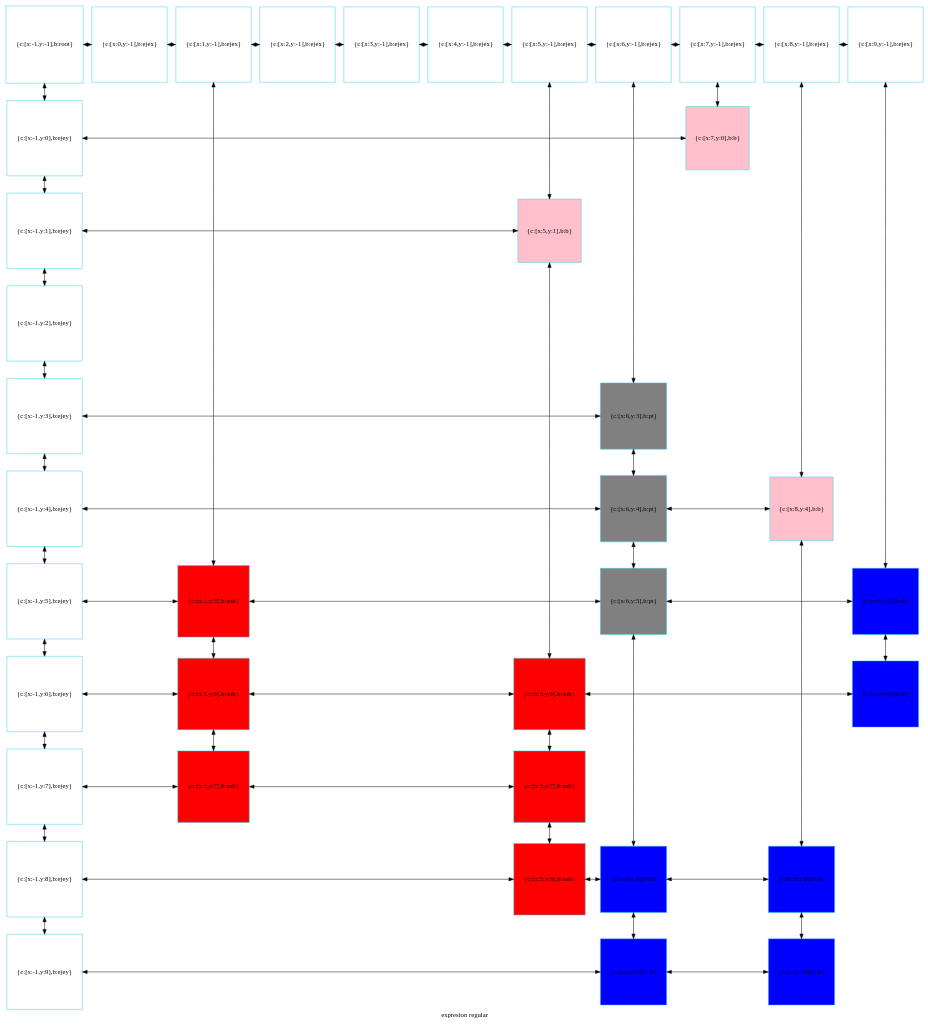
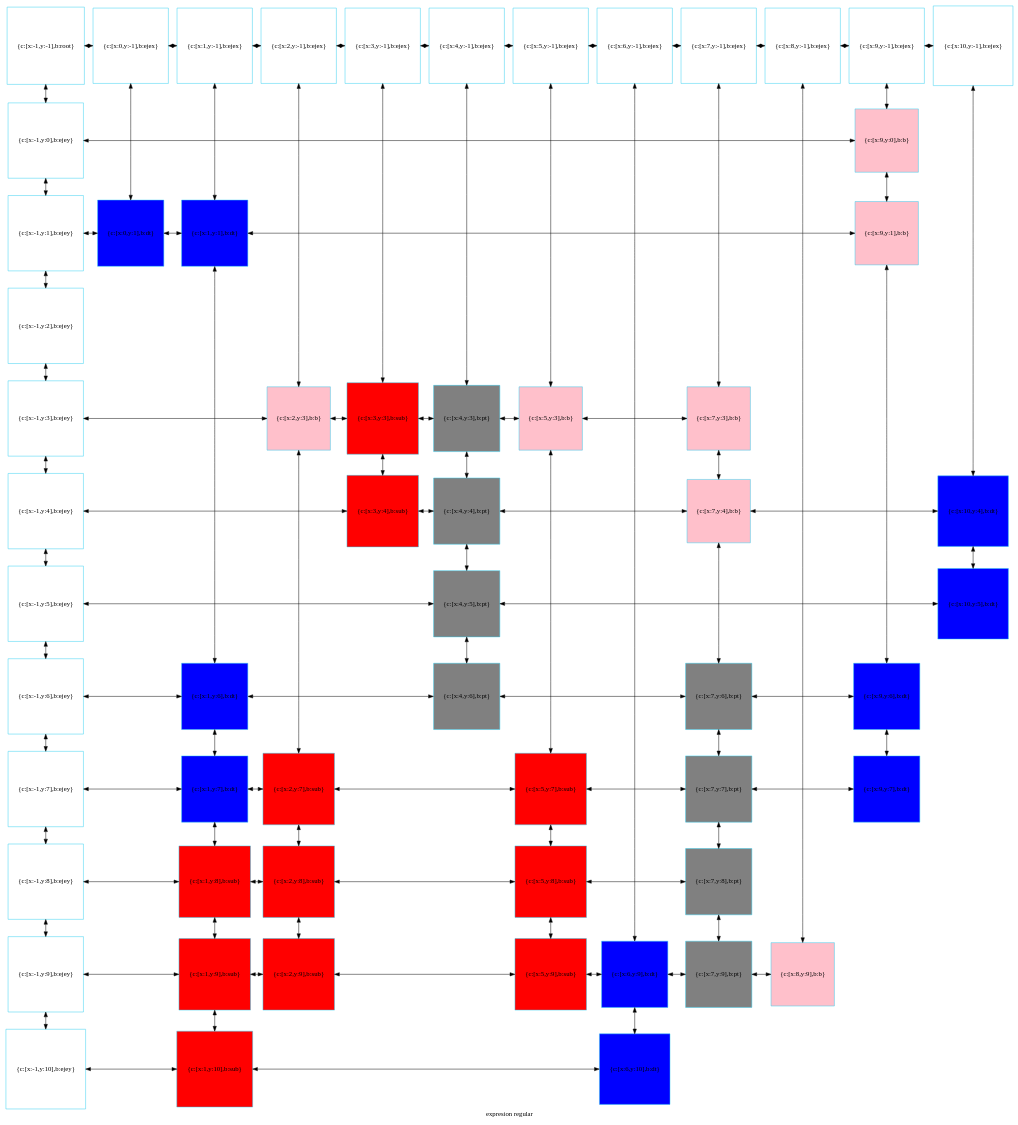
One commit to betebetoven/EDDS2F2 changed the diagram in compu.dot. Above: the diagram before and after it, drawn with Graphviz. The commit also changed 10 other files, not shown here.

```diff
--- a/compu.dot
+++ b/compu.dot
@@ -6,110 +6,169 @@
         node[color = "#EEEEE"]
         node[color = "#31CEF0"]
 
-1066977295856[label="{c:[x:-1,y:-1],b:root}",fillcolor = "white"]
-1066880421696[label="{c:[x:0,y:-1],b:ejex}",fillcolor = "white"]
-1066880478272[label="{c:[x:1,y:-1],b:ejex}",fillcolor = "white"]
-1066880478320[label="{c:[x:2,y:-1],b:ejex}",fillcolor = "white"]
-1066880388592[label="{c:[x:3,y:-1],b:ejex}",fillcolor = "white"]
-1066880388448[label="{c:[x:4,y:-1],b:ejex}",fillcolor = "white"]
-1066880438624[label="{c:[x:5,y:-1],b:ejex}",fillcolor = "white"]
-1066880439296[label="{c:[x:6,y:-1],b:ejex}",fillcolor = "white"]
-1066880438384[label="{c:[x:7,y:-1],b:ejex}",fillcolor = "white"]
-1066880439680[label="{c:[x:8,y:-1],b:ejex}",fillcolor = "white"]
-1066880489216[label="{c:[x:9,y:-1],b:ejex}",fillcolor = "white"]
-1066880489264[label="{c:[x:-1,y:0],b:ejey}",fillcolor = "white"]
-1066880452160[label="{c:[x:7,y:0],b:b}",fillcolor = "pink"]
-1066880489552[label="{c:[x:-1,y:1],b:ejey}",fillcolor = "white"]
-1066880452352[label="{c:[x:5,y:1],b:b}",fillcolor = "pink"]
-1066880489840[label="{c:[x:-1,y:2],b:ejey}",fillcolor = "white"]
-1066880489984[label="{c:[x:-1,y:3],b:ejey}",fillcolor = "white"]
-1066977292448[label="{c:[x:6,y:3],b:pt}",fillcolor = "gray"]
-1066880490128[label="{c:[x:-1,y:4],b:ejey}",fillcolor = "white"]
-1066880388064[label="{c:[x:6,y:4],b:pt}",fillcolor = "gray"]
-1066880451056[label="{c:[x:8,y:4],b:b}",fillcolor = "pink"]
-1066880490272[label="{c:[x:-1,y:5],b:ejey}",fillcolor = "white"]
-1066880441936[label="{c:[x:1,y:5],b:sub}",fillcolor = "red"]
-1066880441408[label="{c:[x:6,y:5],b:pt}",fillcolor = "gray"]
-1066880500160[label="{c:[x:9,y:5],b:dt}",fillcolor = "blue"]
-1066880490416[label="{c:[x:-1,y:6],b:ejey}",fillcolor = "white"]
-1066880450768[label="{c:[x:1,y:6],b:sub}",fillcolor = "red"]
-1066880452592[label="{c:[x:5,y:6],b:sub}",fillcolor = "red"]
-1066880500400[label="{c:[x:9,y:6],b:dt}",fillcolor = "blue"]
-1066880490560[label="{c:[x:-1,y:7],b:ejey}",fillcolor = "white"]
-1066880451440[label="{c:[x:1,y:7],b:sub}",fillcolor = "red"]
-1066880452400[label="{c:[x:5,y:7],b:sub}",fillcolor = "red"]
-1066880490704[label="{c:[x:-1,y:8],b:ejey}",fillcolor = "white"]
-1066880491040[label="{c:[x:5,y:8],b:sub}",fillcolor = "red"]
-1066880491424[label="{c:[x:6,y:8],b:dt}",fillcolor = "blue"]
-1066880500640[label="{c:[x:8,y:8],b:dt}",fillcolor = "blue"]
-1066880490848[label="{c:[x:-1,y:9],b:ejey}",fillcolor = "white"]
-1066880499776[label="{c:[x:6,y:9],b:dt}",fillcolor = "blue"]
-1066880500880[label="{c:[x:8,y:9],b:dt}",fillcolor = "blue"]
-1066977295856->1066880489264[dir = both];
-1066880489264->1066880489552[dir = both];
-1066880489552->1066880489840[dir = both];
-1066880489840->1066880489984[dir = both];
-1066880489984->1066880490128[dir = both];
-1066880490128->1066880490272[dir = both];
-1066880490272->1066880490416[dir = both];
-1066880490416->1066880490560[dir = both];
-1066880490560->1066880490704[dir = both];
-1066880490704->1066880490848[dir = both];
-1066880478272->1066880441936[dir = both];
-1066880441936->1066880450768[dir = both];
-1066880450768->1066880451440[dir = both];
-1066880438624->1066880452352[dir = both];
-1066880452352->1066880452592[dir = both];
-1066880452592->1066880452400[dir = both];
-1066880452400->1066880491040[dir = both];
-1066880439296->1066977292448[dir = both];
-1066977292448->1066880388064[dir = both];
-1066880388064->1066880441408[dir = both];
-1066880441408->1066880491424[dir = both];
-1066880491424->1066880499776[dir = both];
-1066880438384->1066880452160[dir = both];
-1066880439680->1066880451056[dir = both];
-1066880451056->1066880500640[dir = both];
-1066880500640->1066880500880[dir = both];
-1066880489216->1066880500160[dir = both];
-1066880500160->1066880500400[dir = both];
-1066977295856->1066880421696[dir = both];
-1066880421696->1066880478272[dir = both];
-1066880478272->1066880478320[dir = both];
-1066880478320->1066880388592[dir = both];
-1066880388592->1066880388448[dir = both];
-1066880388448->1066880438624[dir = both];
-1066880438624->1066880439296[dir = both];
-1066880439296->1066880438384[dir = both];
-1066880438384->1066880439680[dir = both];
-1066880439680->1066880489216[dir = both];
-1066880489264->1066880452160[constraint=false,dir = both];
-1066880489552->1066880452352[constraint=false,dir = both];
-1066880489984->1066977292448[constraint=false,dir = both];
-1066880490128->1066880388064[constraint=false,dir = both];
-1066880388064->1066880451056[constraint=false,dir = both];
-1066880490272->1066880441936[constraint=false,dir = both];
-1066880441936->1066880441408[constraint=false,dir = both];
-1066880441408->1066880500160[constraint=false,dir = both];
-1066880490416->1066880450768[constraint=false,dir = both];
-1066880450768->1066880452592[constraint=false,dir = both];
-1066880452592->1066880500400[constraint=false,dir = both];
-1066880490560->1066880451440[constraint=false,dir = both];
-1066880451440->1066880452400[constraint=false,dir = both];
-1066880490704->1066880491040[constraint=false,dir = both];
-1066880491040->1066880491424[constraint=false,dir = both];
-1066880491424->1066880500640[constraint=false,dir = both];
-1066880490848->1066880499776[constraint=false,dir = both];
-1066880499776->1066880500880[constraint=false,dir = both];
- {rank=same; 1066977295856;1066880421696;1066880478272;1066880478320;1066880388592;1066880388448;1066880438624;1066880439296;1066880438384;1066880439680;1066880489216;}
- {rank=same; 1066880489264;1066880452160;}
- {rank=same; 1066880489552;1066880452352;}
- {rank=same; 1066880489840;}
- {rank=same; 1066880489984;1066977292448;}
- {rank=same; 1066880490128;1066880388064;1066880451056;}
- {rank=same; 1066880490272;1066880441936;1066880441408;1066880500160;}
- {rank=same; 1066880490416;1066880450768;1066880452592;1066880500400;}
- {rank=same; 1066880490560;1066880451440;1066880452400;}
- {rank=same; 1066880490704;1066880491040;1066880491424;1066880500640;}
- {rank=same; 1066880490848;1066880499776;1066880500880;}
+781211036064[label="{c:[x:-1,y:-1],b:root}",fillcolor = "white"]
+781211036832[label="{c:[x:0,y:-1],b:ejex}",fillcolor = "white"]
+781211036640[label="{c:[x:1,y:-1],b:ejex}",fillcolor = "white"]
+781211036928[label="{c:[x:2,y:-1],b:ejex}",fillcolor = "white"]
+781211035920[label="{c:[x:3,y:-1],b:ejex}",fillcolor = "white"]
+781211035872[label="{c:[x:4,y:-1],b:ejex}",fillcolor = "white"]
+781211035824[label="{c:[x:5,y:-1],b:ejex}",fillcolor = "white"]
+781211036784[label="{c:[x:6,y:-1],b:ejex}",fillcolor = "white"]
+781211036112[label="{c:[x:7,y:-1],b:ejex}",fillcolor = "white"]
+781211037072[label="{c:[x:8,y:-1],b:ejex}",fillcolor = "white"]
+781211037216[label="{c:[x:9,y:-1],b:ejex}",fillcolor = "white"]
+781211037360[label="{c:[x:10,y:-1],b:ejex}",fillcolor = "white"]
+781211037504[label="{c:[x:-1,y:0],b:ejey}",fillcolor = "white"]
+781211117840[label="{c:[x:9,y:0],b:b}",fillcolor = "pink"]
+781211037648[label="{c:[x:-1,y:1],b:ejey}",fillcolor = "white"]
+781211116208[label="{c:[x:0,y:1],b:dt}",fillcolor = "blue"]
+781211098944[label="{c:[x:1,y:1],b:dt}",fillcolor = "blue"]
+781211105024[label="{c:[x:9,y:1],b:b}",fillcolor = "pink"]
+781211095200[label="{c:[x:-1,y:2],b:ejey}",fillcolor = "white"]
+781211095344[label="{c:[x:-1,y:3],b:ejey}",fillcolor = "white"]
+781211105360[label="{c:[x:2,y:3],b:b}",fillcolor = "pink"]
+781211115728[label="{c:[x:3,y:3],b:sub}",fillcolor = "red"]
+781211105264[label="{c:[x:4,y:3],b:pt}",fillcolor = "gray"]
+781211118080[label="{c:[x:5,y:3],b:b}",fillcolor = "pink"]
+781211104784[label="{c:[x:7,y:3],b:b}",fillcolor = "pink"]
+781211095488[label="{c:[x:-1,y:4],b:ejey}",fillcolor = "white"]
+781211115968[label="{c:[x:3,y:4],b:sub}",fillcolor = "red"]
+781211105744[label="{c:[x:4,y:4],b:pt}",fillcolor = "gray"]
+781211118320[label="{c:[x:7,y:4],b:b}",fillcolor = "pink"]
+781211117168[label="{c:[x:10,y:4],b:dt}",fillcolor = "blue"]
+781211095632[label="{c:[x:-1,y:5],b:ejey}",fillcolor = "white"]
+781211105984[label="{c:[x:4,y:5],b:pt}",fillcolor = "gray"]
+781211117408[label="{c:[x:10,y:5],b:dt}",fillcolor = "blue"]
+781211095776[label="{c:[x:-1,y:6],b:ejey}",fillcolor = "white"]
+781211106752[label="{c:[x:1,y:6],b:dt}",fillcolor = "blue"]
+781211106224[label="{c:[x:4,y:6],b:pt}",fillcolor = "gray"]
+781211096496[label="{c:[x:7,y:6],b:pt}",fillcolor = "gray"]
+781211103584[label="{c:[x:9,y:6],b:dt}",fillcolor = "blue"]
+781211095920[label="{c:[x:-1,y:7],b:ejey}",fillcolor = "white"]
+781211116736[label="{c:[x:1,y:7],b:dt}",fillcolor = "blue"]
+781211097024[label="{c:[x:2,y:7],b:sub}",fillcolor = "red"]
+781211097504[label="{c:[x:5,y:7],b:sub}",fillcolor = "red"]
+781211096880[label="{c:[x:7,y:7],b:pt}",fillcolor = "gray"]
+781211103824[label="{c:[x:9,y:7],b:dt}",fillcolor = "blue"]
+781211096064[label="{c:[x:-1,y:8],b:ejey}",fillcolor = "white"]
+781211106464[label="{c:[x:1,y:8],b:sub}",fillcolor = "red"]
+781211098560[label="{c:[x:2,y:8],b:sub}",fillcolor = "red"]
+781211097744[label="{c:[x:5,y:8],b:sub}",fillcolor = "red"]
+781211096640[label="{c:[x:7,y:8],b:pt}",fillcolor = "gray"]
+781211096208[label="{c:[x:-1,y:9],b:ejey}",fillcolor = "white"]
+781211106608[label="{c:[x:1,y:9],b:sub}",fillcolor = "red"]
+781211098320[label="{c:[x:2,y:9],b:sub}",fillcolor = "red"]
+781211097984[label="{c:[x:5,y:9],b:sub}",fillcolor = "red"]
+781211104064[label="{c:[x:6,y:9],b:dt}",fillcolor = "blue"]
+781211097264[label="{c:[x:7,y:9],b:pt}",fillcolor = "gray"]
+781211104544[label="{c:[x:8,y:9],b:b}",fillcolor = "pink"]
+781211096352[label="{c:[x:-1,y:10],b:ejey}",fillcolor = "white"]
+781211106992[label="{c:[x:1,y:10],b:sub}",fillcolor = "red"]
+781211104304[label="{c:[x:6,y:10],b:dt}",fillcolor = "blue"]
+781211036064->781211037504[dir = both];
+781211037504->781211037648[dir = both];
+781211037648->781211095200[dir = both];
+781211095200->781211095344[dir = both];
+781211095344->781211095488[dir = both];
+781211095488->781211095632[dir = both];
+781211095632->781211095776[dir = both];
+781211095776->781211095920[dir = both];
+781211095920->781211096064[dir = both];
+781211096064->781211096208[dir = both];
+781211096208->781211096352[dir = both];
+781211036832->781211116208[dir = both];
+781211036640->781211098944[dir = both];
+781211098944->781211106752[dir = both];
+781211106752->781211116736[dir = both];
+781211116736->781211106464[dir = both];
+781211106464->781211106608[dir = both];
+781211106608->781211106992[dir = both];
+781211036928->781211105360[dir = both];
+781211105360->781211097024[dir = both];
+781211097024->781211098560[dir = both];
+781211098560->781211098320[dir = both];
+781211035920->781211115728[dir = both];
+781211115728->781211115968[dir = both];
+781211035872->781211105264[dir = both];
+781211105264->781211105744[dir = both];
+781211105744->781211105984[dir = both];
+781211105984->781211106224[dir = both];
+781211035824->781211118080[dir = both];
+781211118080->781211097504[dir = both];
+781211097504->781211097744[dir = both];
+781211097744->781211097984[dir = both];
+781211036784->781211104064[dir = both];
+781211104064->781211104304[dir = both];
+781211036112->781211104784[dir = both];
+781211104784->781211118320[dir = both];
+781211118320->781211096496[dir = both];
+781211096496->781211096880[dir = both];
+781211096880->781211096640[dir = both];
+781211096640->781211097264[dir = both];
+781211037072->781211104544[dir = both];
+781211037216->781211117840[dir = both];
+781211117840->781211105024[dir = both];
+781211105024->781211103584[dir = both];
+781211103584->781211103824[dir = both];
+781211037360->781211117168[dir = both];
+781211117168->781211117408[dir = both];
+781211036064->781211036832[dir = both];
+781211036832->781211036640[dir = both];
+781211036640->781211036928[dir = both];
+781211036928->781211035920[dir = both];
+781211035920->781211035872[dir = both];
+781211035872->781211035824[dir = both];
+781211035824->781211036784[dir = both];
+781211036784->781211036112[dir = both];
+781211036112->781211037072[dir = both];
+781211037072->781211037216[dir = both];
+781211037216->781211037360[dir = both];
+781211037504->781211117840[constraint=false,dir = both];
+781211037648->781211116208[constraint=false,dir = both];
+781211116208->781211098944[constraint=false,dir = both];
+781211098944->781211105024[constraint=false,dir = both];
+781211095344->781211105360[constraint=false,dir = both];
+781211105360->781211115728[constraint=false,dir = both];
+781211115728->781211105264[constraint=false,dir = both];
+781211105264->781211118080[constraint=false,dir = both];
+781211118080->781211104784[constraint=false,dir = both];
+781211095488->781211115968[constraint=false,dir = both];
+781211115968->781211105744[constraint=false,dir = both];
+781211105744->781211118320[constraint=false,dir = both];
+781211118320->781211117168[constraint=false,dir = both];
+781211095632->781211105984[constraint=false,dir = both];
+781211105984->781211117408[constraint=false,dir = both];
+781211095776->781211106752[constraint=false,dir = both];
+781211106752->781211106224[constraint=false,dir = both];
+781211106224->781211096496[constraint=false,dir = both];
+781211096496->781211103584[constraint=false,dir = both];
+781211095920->781211116736[constraint=false,dir = both];
+781211116736->781211097024[constraint=false,dir = both];
+781211097024->781211097504[constraint=false,dir = both];
+781211097504->781211096880[constraint=false,dir = both];
+781211096880->781211103824[constraint=false,dir = both];
+781211096064->781211106464[constraint=false,dir = both];
+781211106464->781211098560[constraint=false,dir = both];
+781211098560->781211097744[constraint=false,dir = both];
+781211097744->781211096640[constraint=false,dir = both];
+781211096208->781211106608[constraint=false,dir = both];
+781211106608->781211098320[constraint=false,dir = both];
+781211098320->781211097984[constraint=false,dir = both];
+781211097984->781211104064[constraint=false,dir = both];
+781211104064->781211097264[constraint=false,dir = both];
+781211097264->781211104544[constraint=false,dir = both];
+781211096352->781211106992[constraint=false,dir = both];
+781211106992->781211104304[constraint=false,dir = both];
+ {rank=same; 781211036064;781211036832;781211036640;781211036928;781211035920;781211035872;781211035824;781211036784;781211036112;781211037072;781211037216;781211037360;}
+ {rank=same; 781211037504;781211117840;}
+ {rank=same; 781211037648;781211116208;781211098944;781211105024;}
+ {rank=same; 781211095200;}
+ {rank=same; 781211095344;781211105360;781211115728;781211105264;781211118080;781211104784;}
+ {rank=same; 781211095488;781211115968;781211105744;781211118320;781211117168;}
+ {rank=same; 781211095632;781211105984;781211117408;}
+ {rank=same; 781211095776;781211106752;781211106224;781211096496;781211103584;}
+ {rank=same; 781211095920;781211116736;781211097024;781211097504;781211096880;781211103824;}
+ {rank=same; 781211096064;781211106464;781211098560;781211097744;781211096640;}
+ {rank=same; 781211096208;781211106608;781211098320;781211097984;781211104064;781211097264;781211104544;}
+ {rank=same; 781211096352;781211106992;781211104304;}
 }
```
